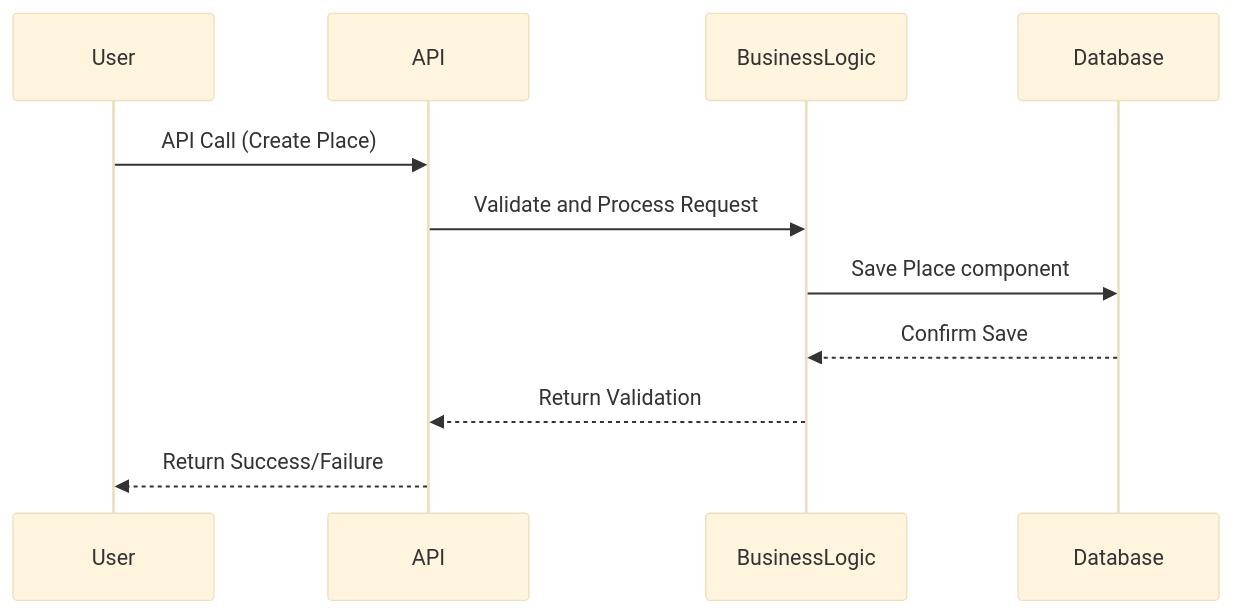
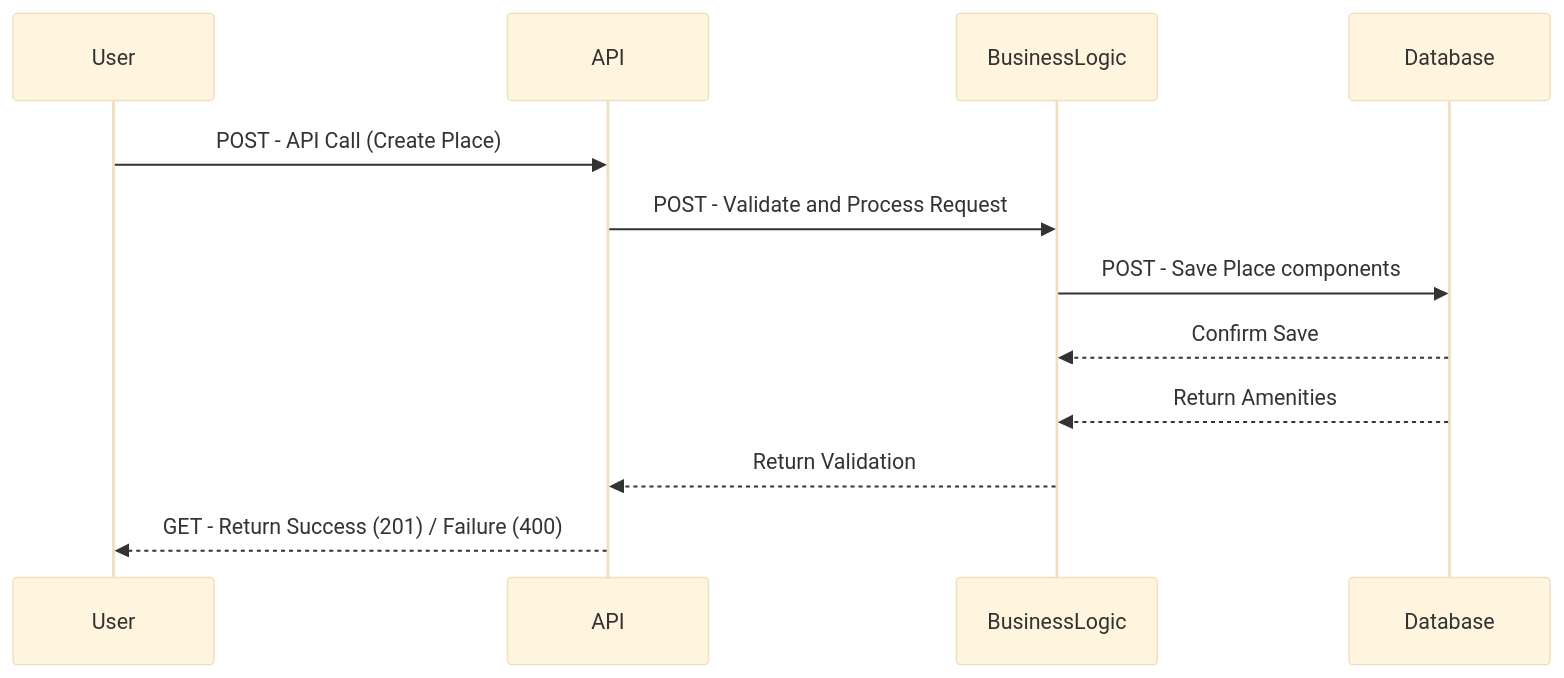
The diagram in part1/create_place.md (PrmDem/holbertonschool-hbnb), drawn with Mermaid (base theme) before and after one commit. The commit also changed 3 other files, not shown here.

````diff
--- a/part1/create_place.md
+++ b/part1/create_place.md
@@ -1,14 +1,15 @@
 ```mermaid
 sequenceDiagram
 participant User
 participant API
 participant BusinessLogic
 participant Database
 
-User->>API: API Call (Create Place)
-API->>BusinessLogic: Validate and Process Request
-BusinessLogic->>Database: Save Place component
+User->>API: POST - API Call (Create Place)
+API->>BusinessLogic: POST - Validate and Process Request
+BusinessLogic->>Database: POST - Save Place components
 Database-->>BusinessLogic: Confirm Save
+Database-->>BusinessLogic: Return Amenities
 BusinessLogic-->>API: Return Validation
-API-->>User: Return Success/Failure
+API-->>User: GET - Return Success (201) / Failure (400)
 ```
````
